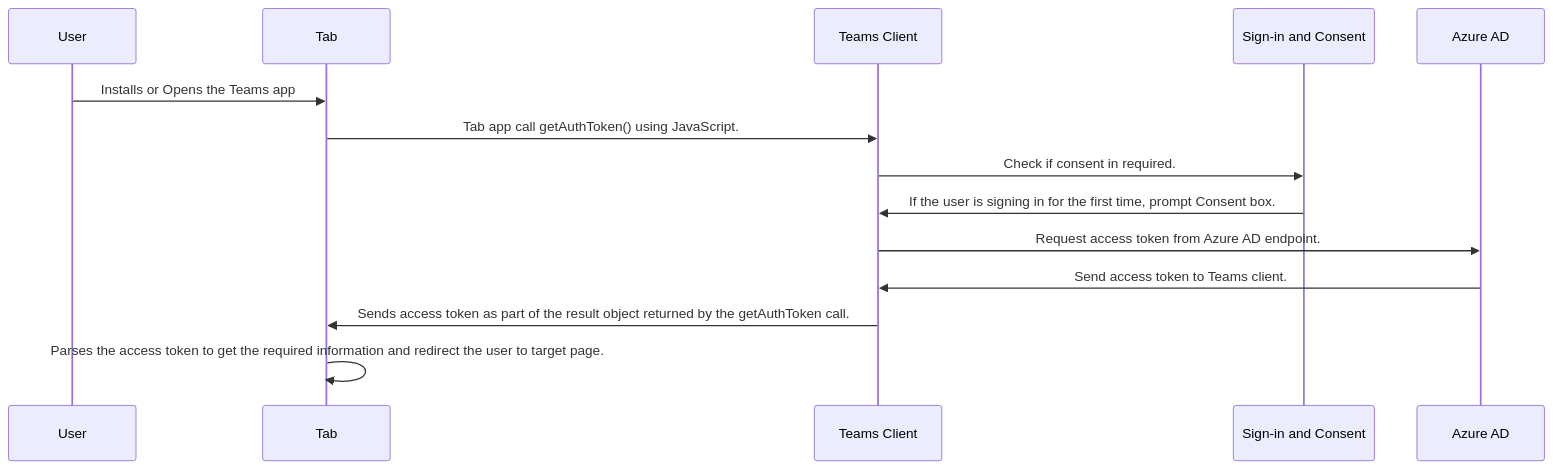
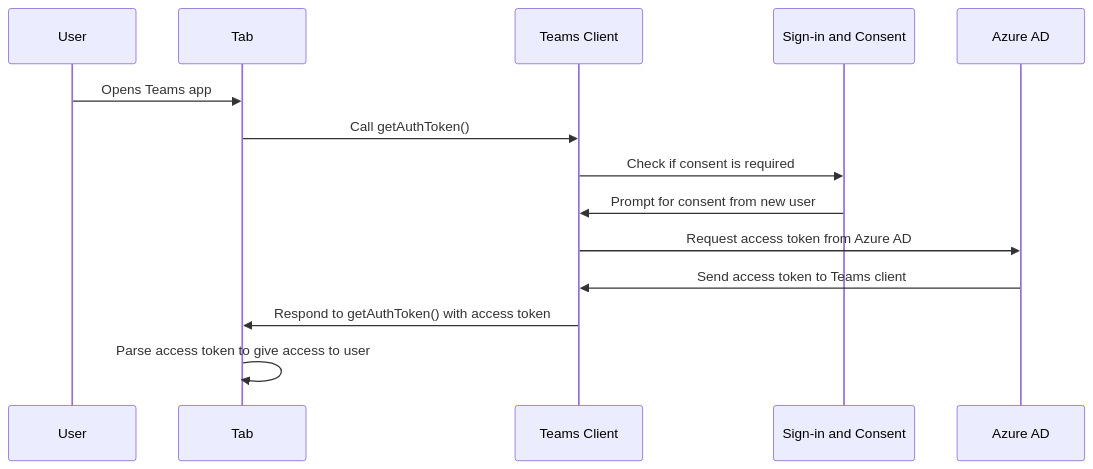
Before and after one commit to MicrosoftDocs/msteams-docs: the diagram in msteams-platform/tabs/how-to/authentication/tab-sso-overview.md, drawn with Mermaid.

````diff
--- a/msteams-platform/tabs/how-to/authentication/tab-sso-overview.md
+++ b/msteams-platform/tabs/how-to/authentication/tab-sso-overview.md
@@ -46,11 +46,11 @@
 ```mermaid
 sequenceDiagram
-    User->>Tab: Installs or Opens the Teams app
-    Tab->>Teams Client: Tab app call getAuthToken() using JavaScript.
-    Teams Client->>Sign-in and Consent: Check if consent in required.
-    Sign-in and Consent->>Teams Client: If the user is signing in for the first time, prompt Consent box.
-    Teams Client->>Azure AD: Request access token from Azure AD endpoint.
-    Azure AD->>Teams Client: Send access token to Teams client.
-    Teams Client->>Tab: Sends access token as part of the result object returned by the getAuthToken call.
-    Tab->>Tab: Parses the access token to get the required information and redirect the user to target page.
+    User->>Tab: Opens Teams app
+    Tab->>Teams Client: Call getAuthToken()
+    Teams Client->>Sign-in and Consent: Check if consent is required
+    Sign-in and Consent->>Teams Client: Prompt for consent from new user
+    Teams Client->>Azure AD: Request access token from Azure AD
+    Azure AD->>Teams Client: Send access token to Teams client
+    Teams Client->>Tab: Respond to getAuthToken() with access token
+    Tab->>Tab: Parse access token to give access to user
 ```
````
